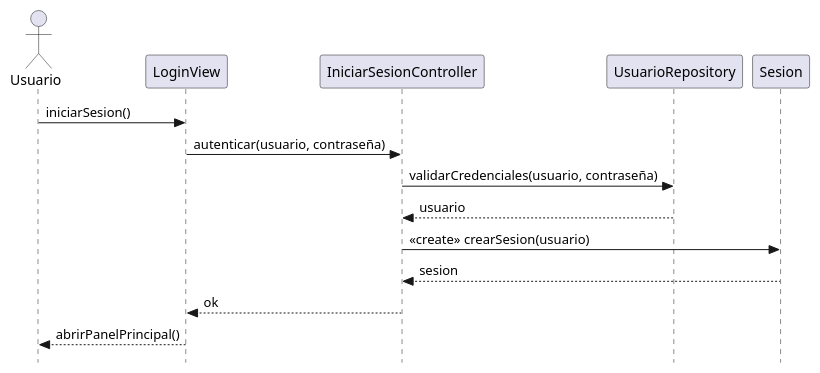
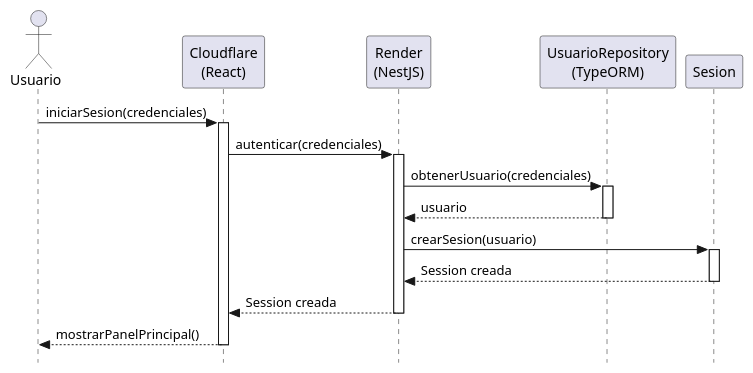
The diagram in modelosUML/diseño/casosDeUsos/iniciarSesion/iniciarSesion.puml (manuelmunoz8/25-26-idsw2-sdVC), drawn with PlantUML before and after one commit. The commit also changed 37 other files, not shown here.

Commit message:
fix: flujo y entidades de diagramas

```diff
--- a/modelosUML/diseño/casosDeUsos/iniciarSesion/iniciarSesion.puml
+++ b/modelosUML/diseño/casosDeUsos/iniciarSesion/iniciarSesion.puml
@@ -1,19 +1,33 @@
 @startuml iniciarSesion
 skinparam style strictuml
-hide empty members
+skinparam backgroundColor white
+skinparam shadowing false
 
 actor Usuario
-participant "LoginView" as View
-participant "IniciarSesionController" as Controller
-participant "UsuarioRepository" as Repository
+participant "Cloudflare\n(React)" as View
+participant "Render\n(NestJS)" as Controller
+participant "UsuarioRepository\n(TypeORM)" as Repo
 participant "Sesion" as Sesion
 
-Usuario -> View: iniciarSesion()
-View -> Controller: autenticar(usuario, contraseña)
-Controller -> Repository: validarCredenciales(usuario, contraseña)
-Repository --> Controller: usuario
-Controller -> Sesion: <<create>> crearSesion(usuario)
-Sesion --> Controller: sesion
-Controller --> View: ok
-View --> Usuario: abrirPanelPrincipal()
+Usuario -> View : iniciarSesion(credenciales)
+activate View
+
+View -> Controller : autenticar(credenciales)
+activate Controller
+
+Controller -> Repo : obtenerUsuario(credenciales)
+activate Repo
+Repo --> Controller : usuario
+deactivate Repo
+
+Controller -> Sesion : crearSesion(usuario)
+activate Sesion
+Sesion --> Controller : Session creada
+deactivate Sesion
+
+Controller --> View : Session creada
+deactivate Controller
+
+View --> Usuario : mostrarPanelPrincipal()
+deactivate View
 @enduml
```
